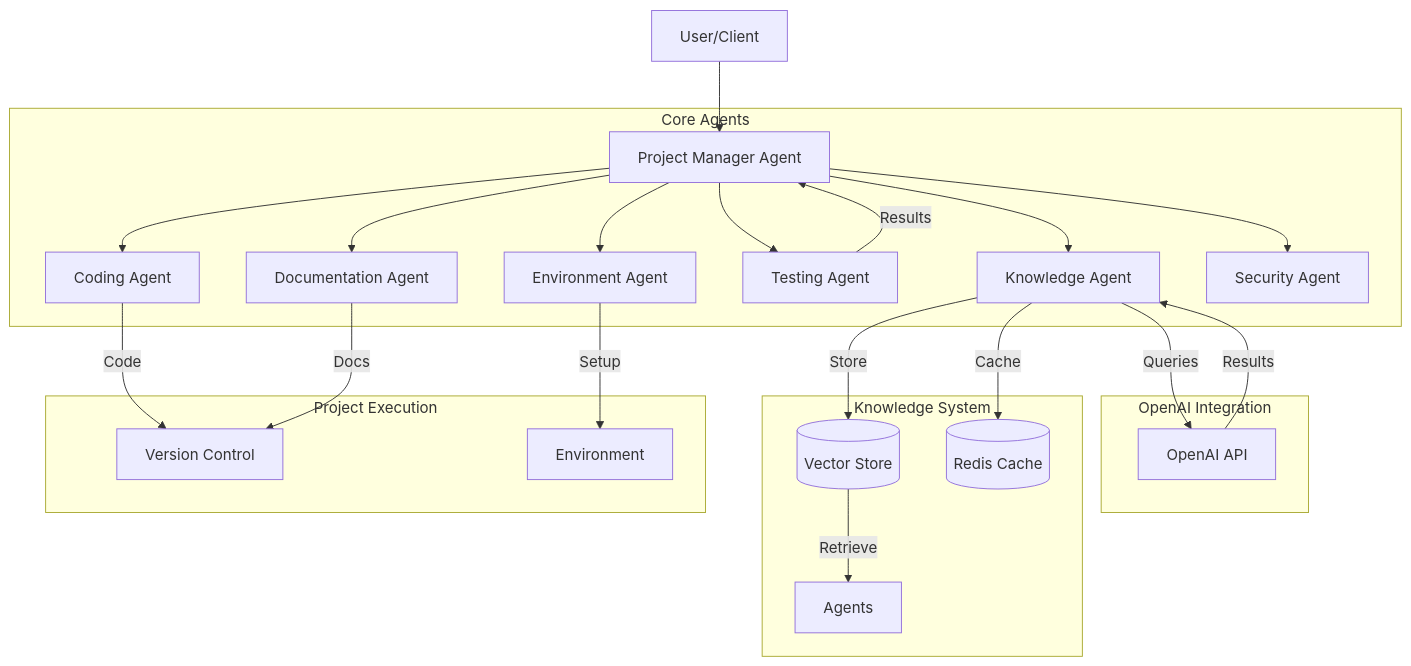
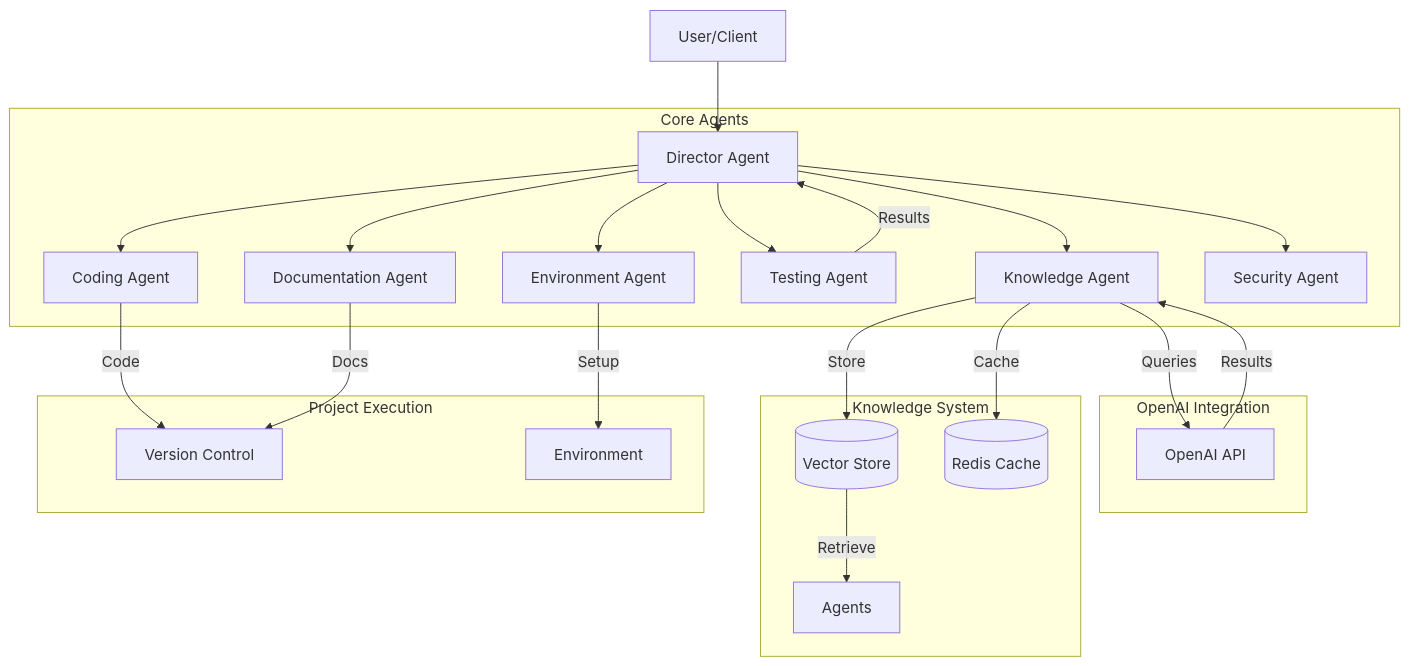
The diagram in Project Design/1core-architecture.mermaid (NooreldeanKoteb/DevelopmentAgents), drawn with Mermaid before and after one commit. The commit also changed 49 other files, not shown here.

```diff
--- a/Project Design/1core-architecture.mermaid
+++ b/Project Design/1core-architecture.mermaid
@@ -1,33 +1,33 @@
 graph TB
-    User[User/Client] --> PM[Project Manager Agent]
+    User[User/Client] --> PM[Director Agent]
     
     subgraph "Core Agents"
         PM --> KA[Knowledge Agent]
         PM --> CA[Coding Agent]
         PM --> EA[Environment Agent]
         PM --> TA[Testing Agent]
         PM --> DA[Documentation Agent]
         PM --> SA[Security Agent]
     end
 
     subgraph "OpenAI Integration"
         KA --> |Queries| OAI[OpenAI API]
         OAI --> |Results| KA
     end
 
     subgraph "Knowledge System"
         KA --> |Store| VS[(Vector Store)]
         KA --> |Cache| Redis[(Redis Cache)]
         VS --> |Retrieve| Agents
     end
 
     subgraph "Project Execution"
         CA --> |Code| Git[Version Control]
         EA --> |Setup| Env[Environment]
         TA --> |Results| PM
         DA --> |Docs| Git
     end
 
     classDef primary fill:#f9f,stroke:#333,stroke-width:2px
     classDef secondary fill:#bbf,stroke:#333,stroke-width:1px
     classDef storage fill:#dfd,stroke:#333,stroke-width:1px
```
